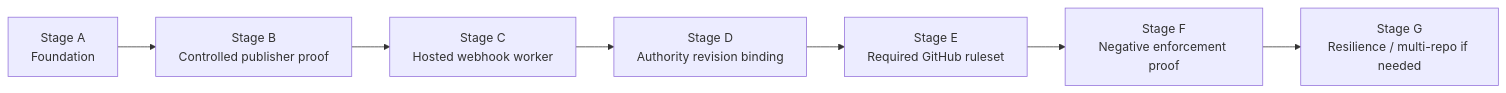
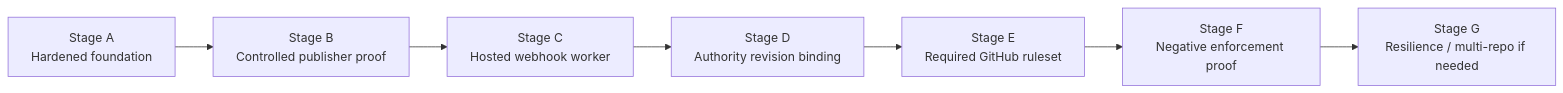
The third of 3 diagrams in docs/architecture.md (scnehaux/codex-authority), drawn with Mermaid before and after one commit. The commit also changed other lines of this file and 17 other files, not shown here.

````diff
--- a/docs/architecture.md
+++ b/docs/architecture.md
@@ -93,9 +130,9 @@
 ```mermaid
 flowchart LR
-    F0[Stage A<br/>Foundation] --> F1[Stage B<br/>Controlled publisher proof]
+    F0[Stage A<br/>Hardened foundation] --> F1[Stage B<br/>Controlled publisher proof]
     F1 --> F2[Stage C<br/>Hosted webhook worker]
     F2 --> F3[Stage D<br/>Authority revision binding]
     F3 --> F4[Stage E<br/>Required GitHub ruleset]
     F4 --> F5[Stage F<br/>Negative enforcement proof]
     F5 --> F6[Stage G<br/>Resilience / multi-repo if needed]
 ```
````
